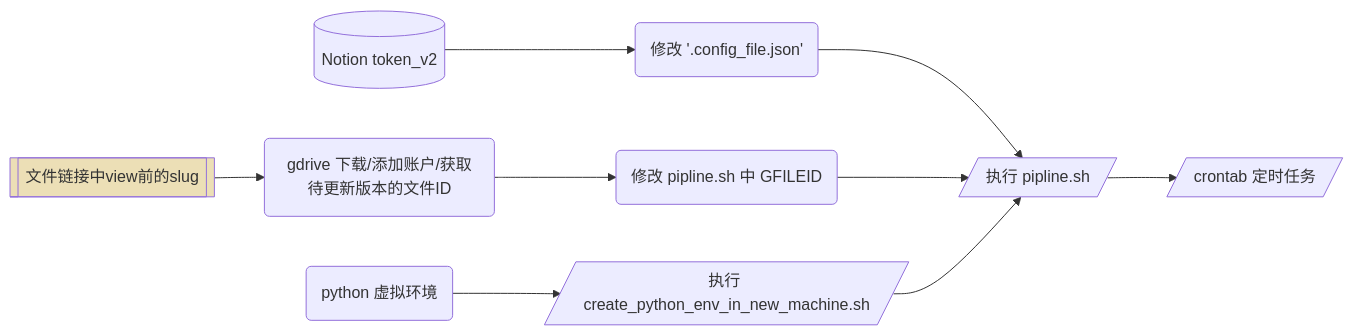
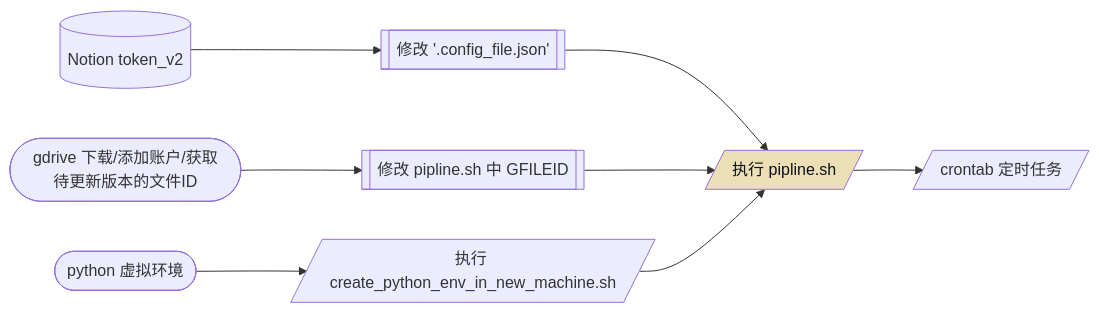
The diagram in README.md (dario-github/notion_auto_backup), drawn with Mermaid before and after one commit. The commit also changed other lines of this file, not shown here.

````diff
--- a/README.md
+++ b/README.md
@@ -12,15 +12,14 @@
 ```mermaid
 flowchart LR
-    A[(Notion token_v2)] --> A1(修改 '.config_file.json')
-    B(gdrive 下载/添加账户/获取待更新版本的文件ID) -->B1(修改 pipline.sh 中 GFILEID)
-    C(python 虚拟环境) --> C1[/执行 create_python_env_in_new_machine.sh/]
-    B0[[文件链接中view前的slug]] --> B
+    A[(Notion token_v2)] --> A1[[修改 '.config_file.json']]
+    B([gdrive 下载/添加账户/获取待更新版本的文件ID]) -->B1[[修改 pipline.sh 中 GFILEID]]
+    C([python 虚拟环境]) --> C1[/执行 create_python_env_in_new_machine.sh/]
     A1 & B1 & C1 --> D[/执行 pipline.sh/]
     D --> E[/crontab 定时任务/]
 
-    style B0 fill:#ecdfb6
+    style D fill:#ecdfb6,color:#0b111a
     
-    click A "https://github.com/dario-github/notion_backup#%E8%8E%B7%E5%8F%96notion-token_v2" _self
-    click B "https://github.com/dario-github/notion_backup/edit/master/README.md#gdrive-%E7%8E%AF%E5%A2%83" _self
-    click E "https://github.com/dario-github/notion_backup#%E8%AE%BE%E7%BD%AE%E5%AE%9A%E6%9C%9F%E6%89%A7%E8%A1%8C" _self
+    click A href "https://github.com/dario-github/notion_backup#%E8%8E%B7%E5%8F%96notion-token_v2" _self
+    click B href "https://github.com/dario-github/notion_backup/edit/master/README.md#gdrive-%E7%8E%AF%E5%A2%83" _self
+    click E href "https://github.com/dario-github/notion_backup#%E8%AE%BE%E7%BD%AE%E5%AE%9A%E6%9C%9F%E6%89%A7%E8%A1%8C" _self
 ```
````
